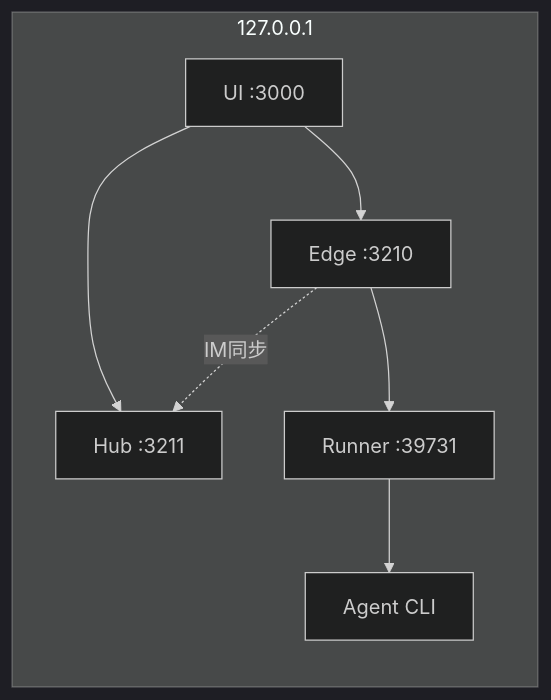
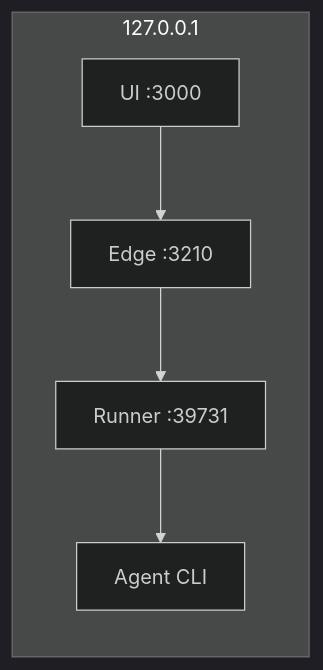
Before and after one commit to TokenDanceLab/AgentHub: the fifth of 10 diagrams in docs/architecture.md, drawn with Mermaid (dark theme). The commit also changed other lines of this file and 36 other files, not shown here.

Commit message:
docs: 定义 Hub-Edge-Runner 拓扑和部署模式

````diff
--- a/docs/architecture.md
+++ b/docs/architecture.md
@@ -106,16 +108,13 @@
 ```mermaid
 graph LR
     subgraph Local["127.0.0.1"]
         UI["UI :3000"]
         Edge["Edge :3210"]
-        Hub["Hub :3211"]
         Runner["Runner :39731"]
         Agent["Agent CLI"]
     end
 
     UI --> Edge
-    UI --> Hub
     Edge --> Runner
-    Edge -.->|"IM同步"| Hub
     Runner --> Agent
 ```
````
